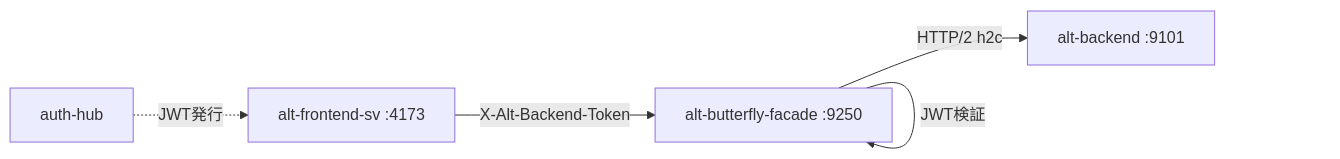
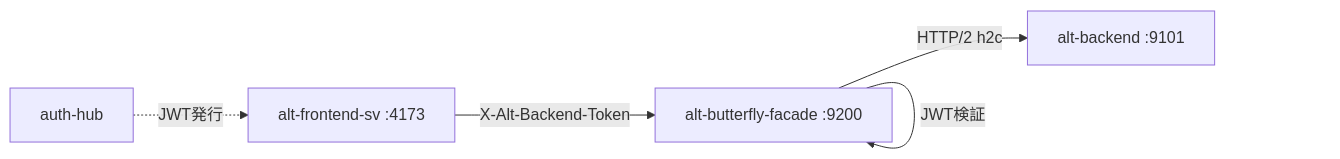
The diagram in docs/services/alt-butterfly-facade.md (Kaikei-e/Alt), drawn with Mermaid before and after one commit. The commit also changed other lines of this file and 11 other files, not shown here.

First line of the commit message:
docs: Update service documentation with latest reviews and architectural changes

````diff
--- a/docs/services/alt-butterfly-facade.md
+++ b/docs/services/alt-butterfly-facade.md
@@ -23,12 +23,12 @@
 ```mermaid
 flowchart LR
     FE[alt-frontend-sv :4173]
-    BFF[alt-butterfly-facade :9250]
+    BFF[alt-butterfly-facade :9200]
     BE[alt-backend :9101]
     AH[auth-hub]
 
     FE -->|"X-Alt-Backend-Token"| BFF
     BFF -->|"JWT検証"| BFF
     BFF -->|"HTTP/2 h2c"| BE
     AH -.->|"JWT発行"| FE
 ```
````
